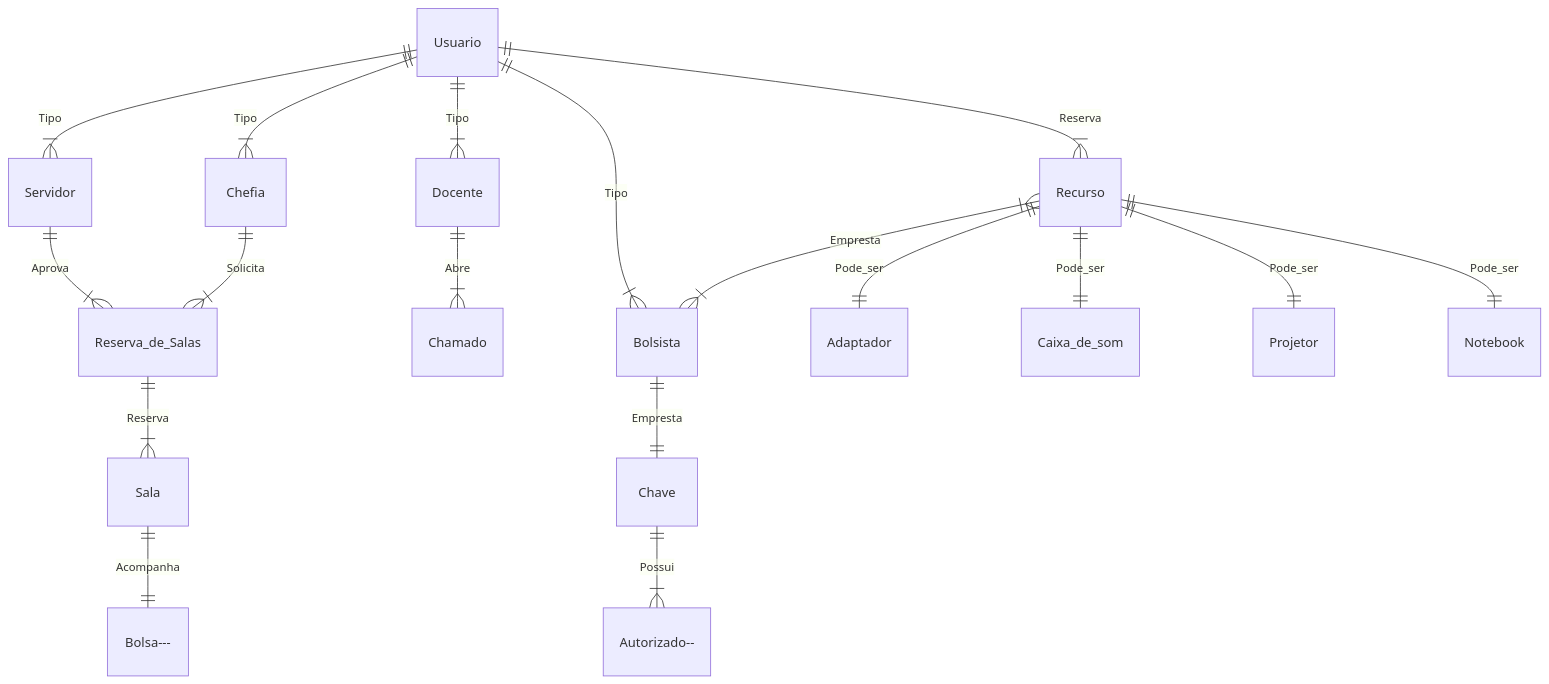
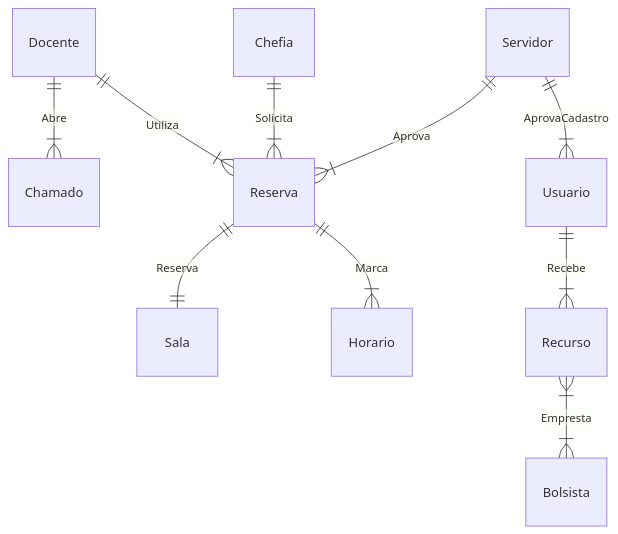
The diagram in docs/er-model.md (tgo-mas/SIGApoio), drawn with Mermaid before and after one commit. The commit also changed other lines of this file and 2 other files, not shown here.

Commit message:
Atualizando diagramas de classe e ER

````diff
--- a/docs/er-model.md
+++ b/docs/er-model.md
@@ -3,22 +3,12 @@
 ```mermaid
 erDiagram
-Usuario ||--|{ Docente: Tipo
-Usuario ||--|{ Servidor: Tipo
-Usuario ||--|{ Bolsista: Tipo
-Usuario ||--|{ Chefia: Tipo
-
-Docente ||--|{ Chamado : Abre
-Servidor ||--|{ Reserva_de_Salas: Aprova 
-Reserva_de_Salas ||--|{ Sala : Reserva
-Sala ||--||  Bolsa--- :Acompanha
-Bolsista ||--|| Chave :Empresta
-Chave ||--|{ Autorizado-- :Possui
-Chefia  ||--|{Reserva_de_Salas: Solicita
-
-Usuario ||--|{ Recurso : Reserva
-Recurso }|--|{ Bolsista : Empresta 
-Recurso ||--|| Adaptador : Pode_ser
-Recurso ||--|| Caixa_de_som: Pode_ser
-Recurso ||--|| Projetor : Pode_ser
-Recurso ||--|| Notebook : Pode_ser 
+    Docente ||--|{ Chamado : Abre
+    Docente ||--|{ Reserva: Utiliza
+    Chefia  ||--|{ Reserva: Solicita
+    Servidor ||--|{ Reserva: Aprova 
+    Servidor ||--|{ Usuario: AprovaCadastro
+    Reserva ||--|| Sala : Reserva
+    Reserva ||--|{ Horario: Marca
+    Usuario ||--|{ Recurso : Recebe
+    Recurso }|--|{ Bolsista : Empresta 
 ```
````
